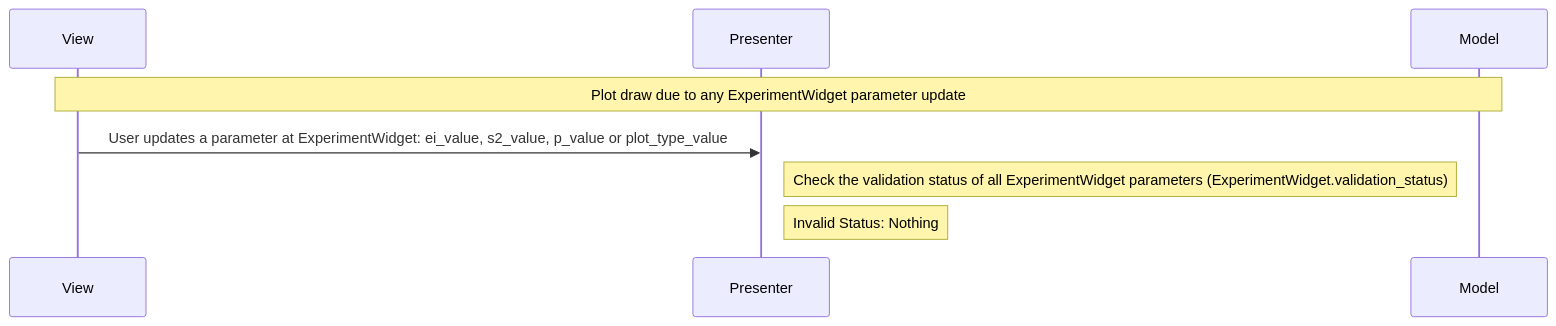
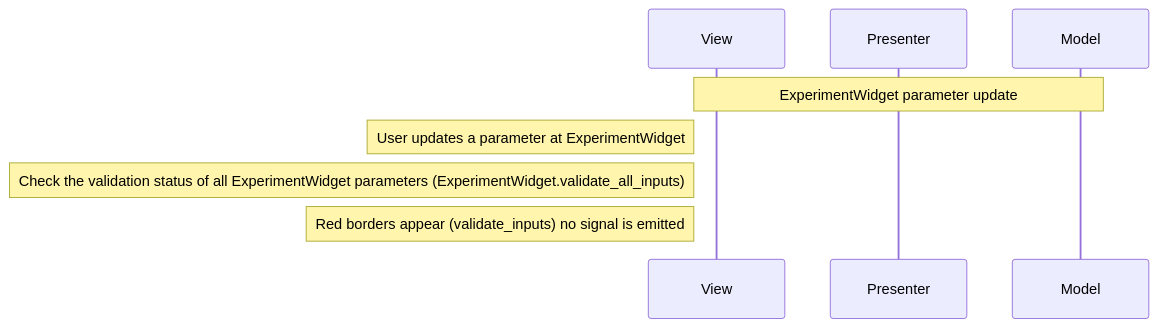
Before and after one commit to neutrons/hyspecppt: the ninth of 14 diagrams in docs/source/design/hyspecpptclasses.rst, drawn with Mermaid. The commit also changed other lines of this file and 8 other files, not shown here.

```diff
--- a/docs/source/design/hyspecpptclasses.rst
+++ b/docs/source/design/hyspecpptclasses.rst
@@ -528,11 +312,11 @@
     .. mermaid::
 
         sequenceDiagram
             participant View
             participant Presenter
             participant Model
 
-            Note over View,Model: Plot draw due to any ExperimentWidget parameter update
-            View->>Presenter: User updates a parameter at ExperimentWidget: ei_value, s2_value, p_value or plot_type_value
-            Note right of Presenter: Check the validation status of all ExperimentWidget parameters (ExperimentWidget.validation_status)
-            Note right of Presenter: Invalid Status: Nothing
+            Note over View,Model: ExperimentWidget parameter update
+            Note left of View: User updates a parameter at ExperimentWidget
+            Note left of View: Check the validation status of all ExperimentWidget parameters (ExperimentWidget.validate_all_inputs)
+            Note Left of View: Red borders appear (validate_inputs) no signal is emitted
```
